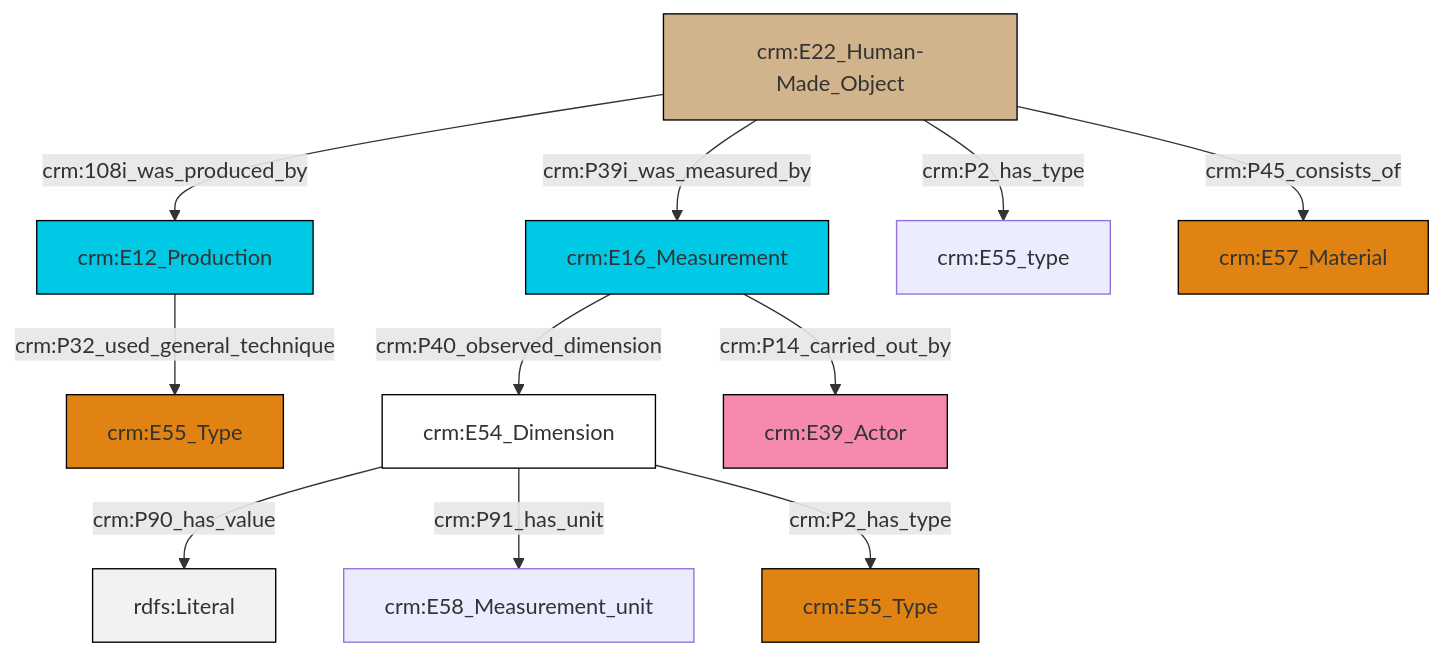
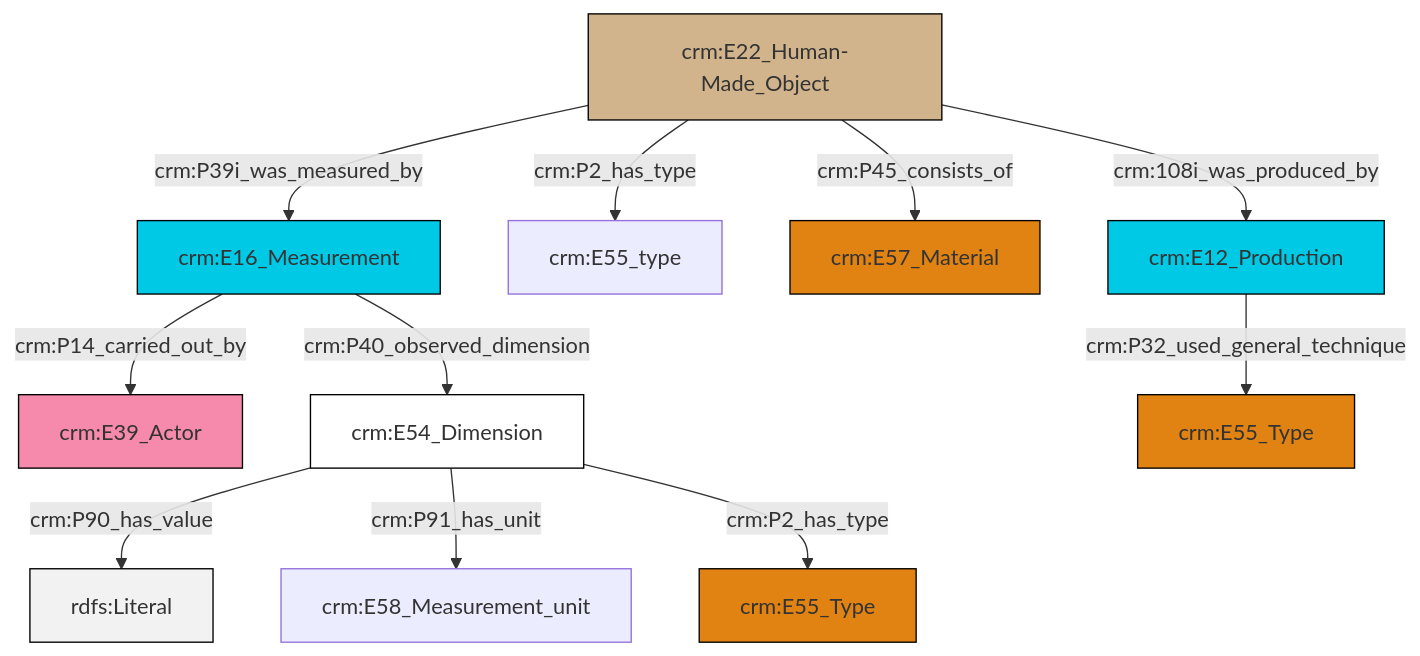
The diagram in et/builtWorkCSV/ttl/mmd/Built_Work_substance.ttl.mmd (swiss-art-research-net/reference-data-models), drawn with Mermaid before and after one commit. The commit also changed 128 other files, not shown here.

```diff
--- a/et/builtWorkCSV/ttl/mmd/Built_Work_substance.ttl.mmd
+++ b/et/builtWorkCSV/ttl/mmd/Built_Work_substance.ttl.mmd
@@ -1,25 +1,25 @@
 graph TD
 classDef Literal fill:#f2f2f2,stroke:#000000;
 classDef CRM_Entity fill:#FFFFFF,stroke:#000000;
 classDef Temporal_Entity fill:#00C9E6, stroke:#000000;
 classDef Type fill:#E18312, stroke:#000000;
 classDef Time-Span fill:#2C9C91, stroke:#000000;
 classDef Appellation fill:#FFEB7F, stroke:#000000;
 classDef Place fill:#008836, stroke:#000000;
 classDef Persistent_Item fill:#B266B2, stroke:#000000;
 classDef Conceptual_Object fill:#FFD700, stroke:#000000;
 classDef Physical_Thing fill:#D2B48C, stroke:#000000;
 classDef Actor fill:#f58aad, stroke:#000000;
 classDef PC_Classes fill:#4ce600, stroke:#000000;
 classDef Multi fill:#cccccc,stroke:#000000;
 
+0["crm:E22_Human-Made_Object"]:::Physical_Thing -->|crm:P39i_was_measured_by| 1["crm:E16_Measurement"]:::Temporal_Entity
 2["crm:E54_Dimension"]:::CRM_Entity -->|crm:P90_has_value| 3[rdfs:Literal]:::Literal
-4["crm:E16_Measurement"]:::Temporal_Entity -->|crm:P14_carried_out_by| 5["crm:E39_Actor"]:::Actor
-7["crm:E12_Production"]:::Temporal_Entity -->|crm:P32_used_general_technique| 0["crm:E55_Type"]:::Type
-2["crm:E54_Dimension"]:::CRM_Entity -->|crm:P91_has_unit| 16["crm:E58_Measurement_unit"]:::Default
-2["crm:E54_Dimension"]:::CRM_Entity -->|crm:P2_has_type| 14["crm:E55_Type"]:::Type
-10["crm:E22_Human-Made_Object"]:::Physical_Thing -->|crm:108i_was_produced_by| 7["crm:E12_Production"]:::Temporal_Entity
-4["crm:E16_Measurement"]:::Temporal_Entity -->|crm:P40_observed_dimension| 2["crm:E54_Dimension"]:::CRM_Entity
-10["crm:E22_Human-Made_Object"]:::Physical_Thing -->|crm:P45_consists_of| 18["crm:E57_Material"]:::Type
-10["crm:E22_Human-Made_Object"]:::Physical_Thing -->|crm:P39i_was_measured_by| 4["crm:E16_Measurement"]:::Temporal_Entity
-10["crm:E22_Human-Made_Object"]:::Physical_Thing -->|crm:P2_has_type| 12["crm:E55_type"]:::Default
+5["crm:E12_Production"]:::Temporal_Entity -->|crm:P32_used_general_technique| 6["crm:E55_Type"]:::Type
+0["crm:E22_Human-Made_Object"]:::Physical_Thing -->|crm:P2_has_type| 7["crm:E55_type"]:::Default
+2["crm:E54_Dimension"]:::CRM_Entity -->|crm:P91_has_unit| 11["crm:E58_Measurement_unit"]:::Default
+1["crm:E16_Measurement"]:::Temporal_Entity -->|crm:P14_carried_out_by| 15["crm:E39_Actor"]:::Actor
+0["crm:E22_Human-Made_Object"]:::Physical_Thing -->|crm:P45_consists_of| 12["crm:E57_Material"]:::Type
+2["crm:E54_Dimension"]:::CRM_Entity -->|crm:P2_has_type| 8["crm:E55_Type"]:::Type
+1["crm:E16_Measurement"]:::Temporal_Entity -->|crm:P40_observed_dimension| 2["crm:E54_Dimension"]:::CRM_Entity
+0["crm:E22_Human-Made_Object"]:::Physical_Thing -->|crm:108i_was_produced_by| 5["crm:E12_Production"]:::Temporal_Entity
```
